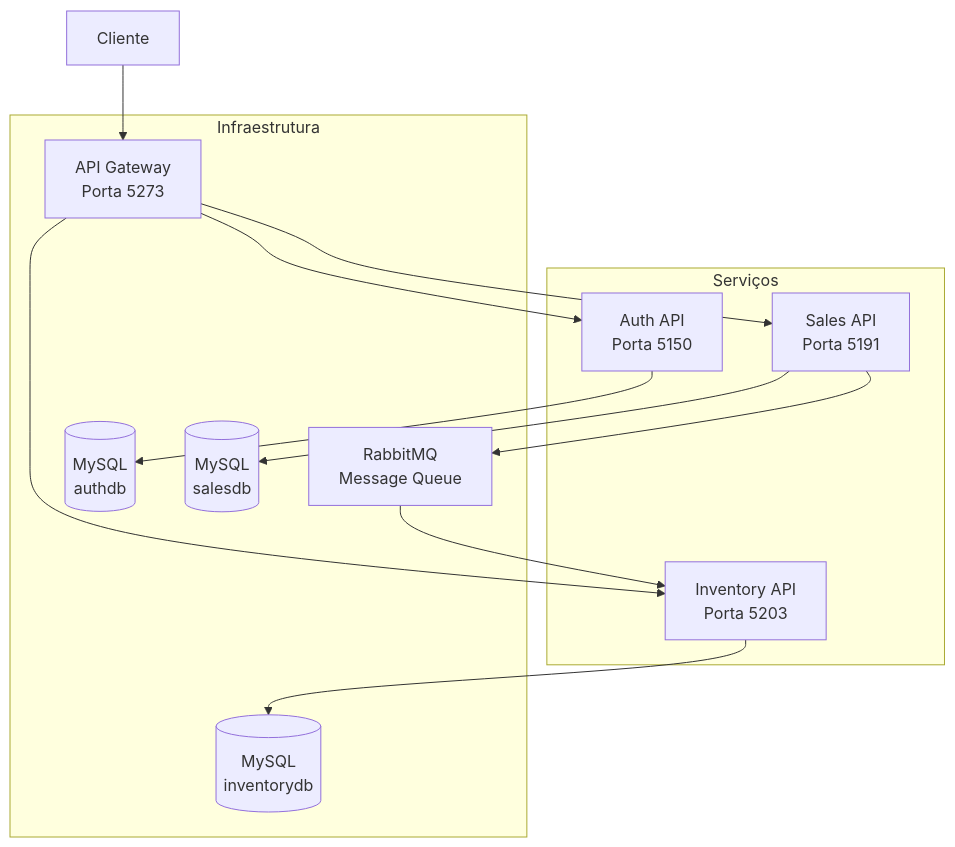
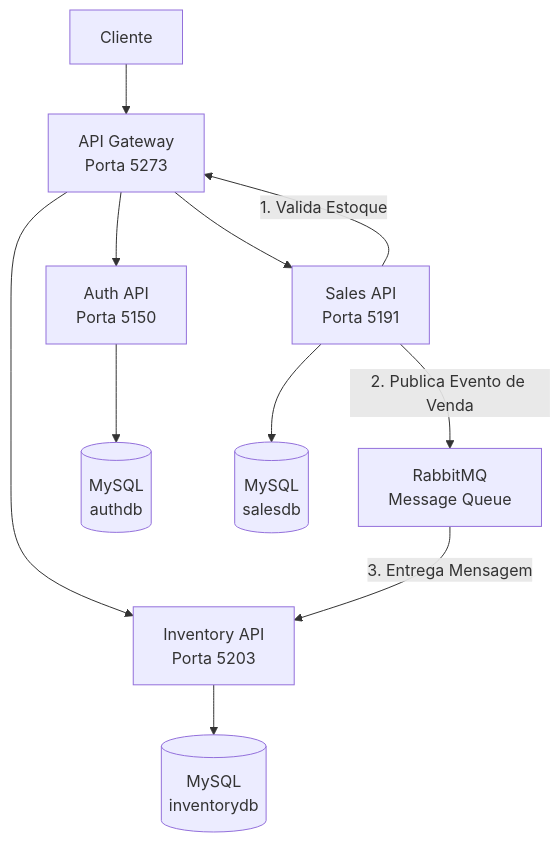
One commit to brunocaoliveira/Ecommerce.Microservices changed the diagram in README.md. Above: the diagram before and after it, drawn with Mermaid.

````diff
--- a/README.md
+++ b/README.md
@@ -36,28 +36,19 @@
 ```mermaid
 graph TB
     Client[Cliente] --> Gateway[API Gateway<br/>Porta 5273]
+    
     Gateway --> Auth[Auth API<br/>Porta 5150]
     Gateway --> Inventory[Inventory API<br/>Porta 5203]
     Gateway --> Sales[Sales API<br/>Porta 5191]
+
+    %% Comunicação Síncrona para validar estoque
+    Sales -- "1. Valida Estoque" --> Gateway
     
-    Sales --> RabbitMQ[RabbitMQ<br/>Message Queue]
-    RabbitMQ --> Inventory
+    %% Comunicação Assíncrona para dar baixa no estoque
+    Sales -- "2. Publica Evento de Venda" --> RabbitMQ[RabbitMQ<br/>Message Queue]
+    RabbitMQ -- "3. Entrega Mensagem" --> Inventory
     
     Auth --> MySQL_Auth[(MySQL<br/>authdb)]
     Inventory --> MySQL_Inventory[(MySQL<br/>inventorydb)]
     Sales --> MySQL_Sales[(MySQL<br/>salesdb)]
-    
-    subgraph "Serviços"
-        Auth
-        Inventory
-        Sales
-    end
-    
-    subgraph "Infraestrutura"
-        Gateway
-        RabbitMQ
-        MySQL_Auth
-        MySQL_Inventory
-        MySQL_Sales
-    end
 ```
````
